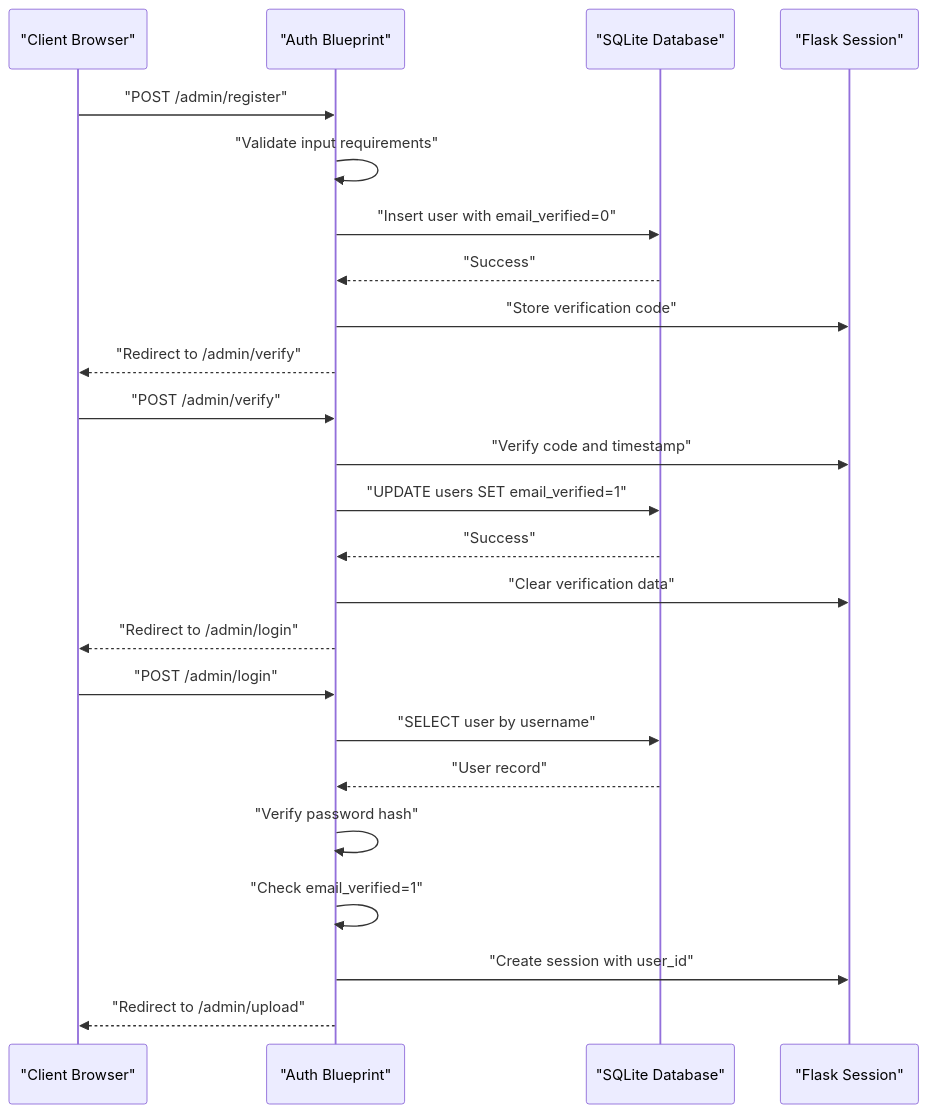
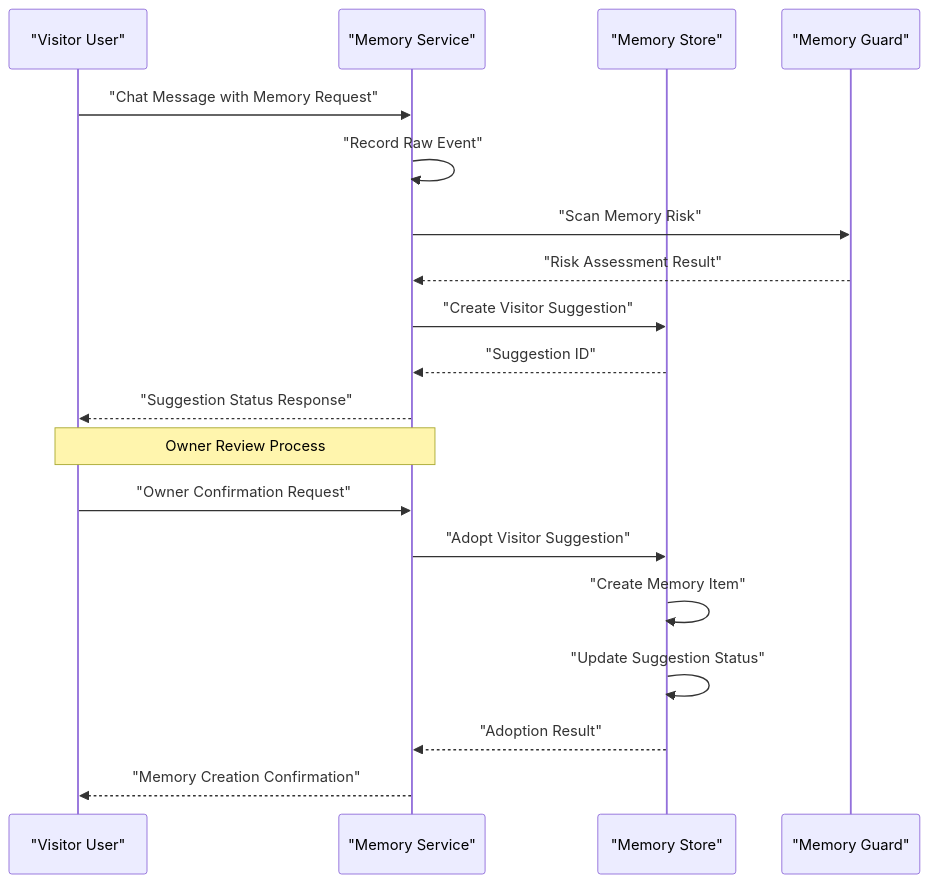
Before and after one commit to PolarisW007/PolaZhenJing: the fifth of 6 diagrams in .qoder/repowiki/en/content/Database Design.md, drawn with Mermaid. The commit also changed other lines of this file and 333 other files, not shown here.

````diff
--- a/.qoder/repowiki/en/content/Database Design.md
+++ b/.qoder/repowiki/en/content/Database Design.md
@@ -160,26 +392,21 @@
 ```mermaid
 sequenceDiagram
-participant Client as "Client Browser"
-participant Auth as "Auth Blueprint"
-participant DB as "SQLite Database"
-participant Session as "Flask Session"
-Client->>Auth : "POST /admin/register"
-Auth->>Auth : "Validate input requirements"
-Auth->>DB : "Insert user with email_verified=0"
-DB-->>Auth : "Success"
-Auth->>Session : "Store verification code"
-Auth-->>Client : "Redirect to /admin/verify"
-Client->>Auth : "POST /admin/verify"
-Auth->>Session : "Verify code and timestamp"
-Auth->>DB : "UPDATE users SET email_verified=1"
-DB-->>Auth : "Success"
-Auth->>Session : "Clear verification data"
-Auth-->>Client : "Redirect to /admin/login"
-Client->>Auth : "POST /admin/login"
-Auth->>DB : "SELECT user by username"
-DB-->>Auth : "User record"
-Auth->>Auth : "Verify password hash"
-Auth->>Auth : "Check email_verified=1"
-Auth->>Session : "Create session with user_id"
-Auth-->>Client : "Redirect to /admin/upload"
+participant Visitor as "Visitor User"
+participant MemoryService as "Memory Service"
+participant MemoryStore as "Memory Store"
+participant Guard as "Memory Guard"
+Visitor->>MemoryService : "Chat Message with Memory Request"
+MemoryService->>MemoryService : "Record Raw Event"
+MemoryService->>Guard : "Scan Memory Risk"
+Guard-->>MemoryService : "Risk Assessment Result"
+MemoryService->>MemoryStore : "Create Visitor Suggestion"
+MemoryStore-->>MemoryService : "Suggestion ID"
+MemoryService-->>Visitor : "Suggestion Status Response"
+Note over Visitor,MemoryService : Owner Review Process
+Visitor->>MemoryService : "Owner Confirmation Request"
+MemoryService->>MemoryStore : "Adopt Visitor Suggestion"
+MemoryStore->>MemoryStore : "Create Memory Item"
+MemoryStore->>MemoryStore : "Update Suggestion Status"
+MemoryStore-->>MemoryService : "Adoption Result"
+MemoryService-->>Visitor : "Memory Creation Confirmation"
 ```
````
